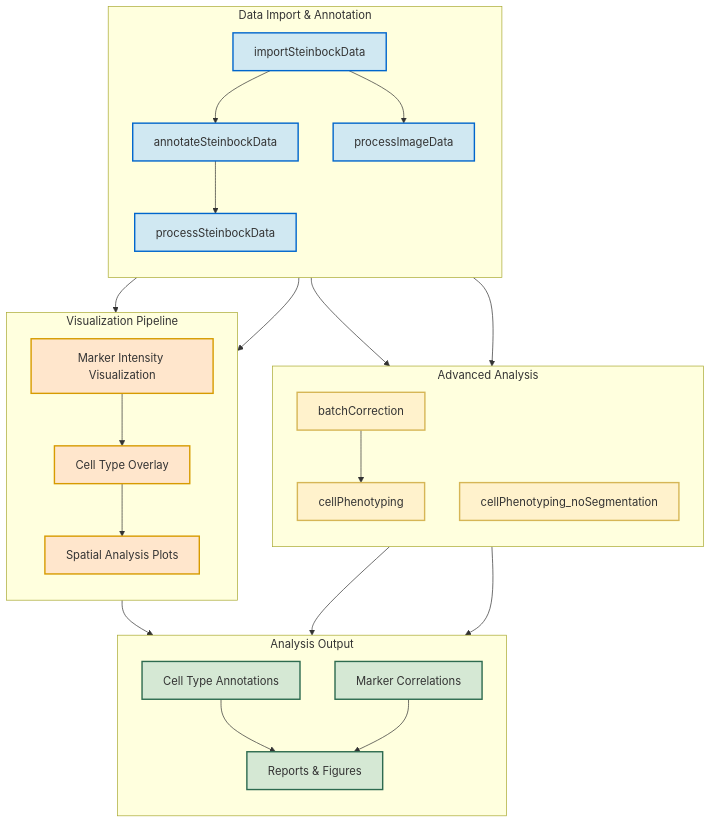
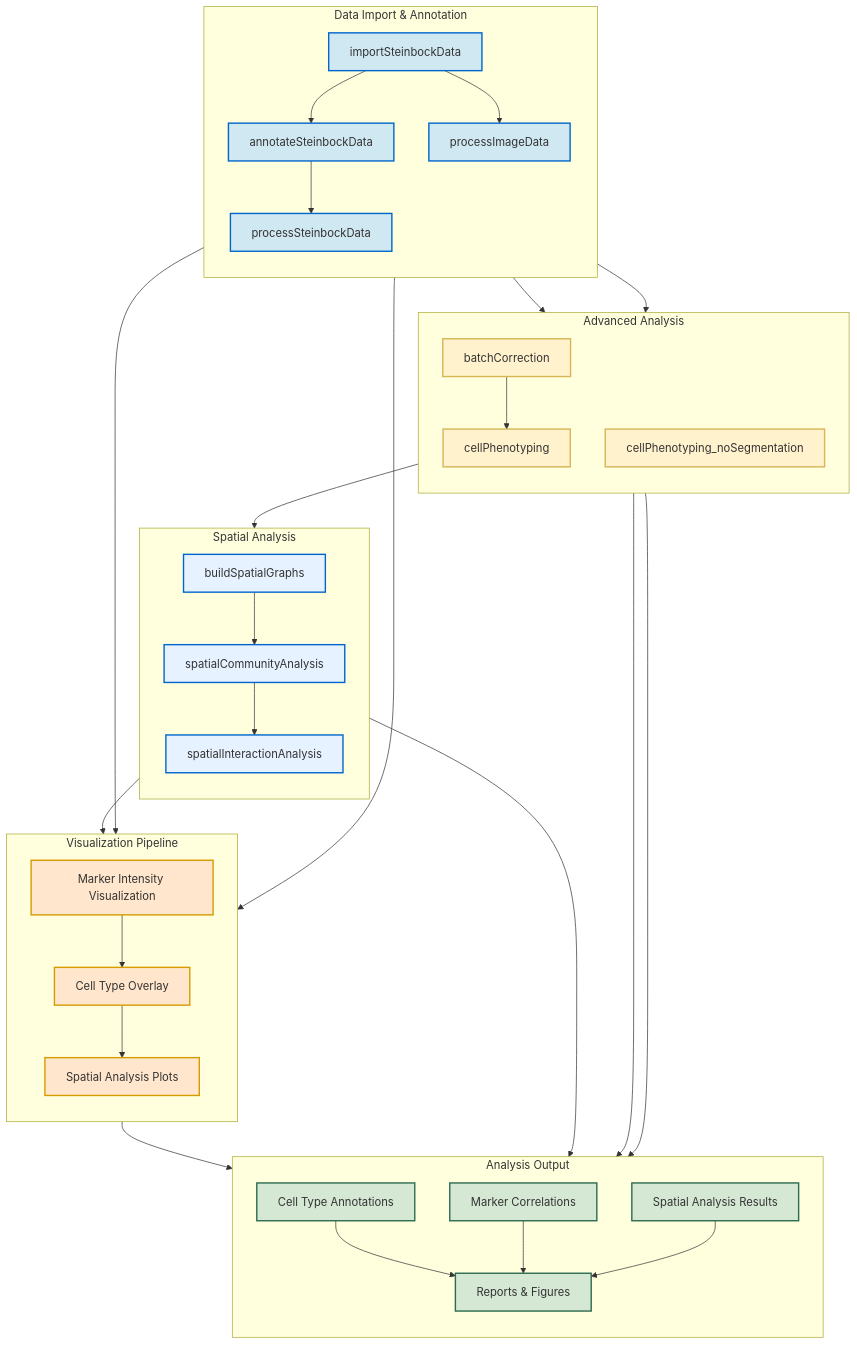
The diagram in README.md (ejmockler/IMC-workflow), drawn with Mermaid before and after one commit. The commit also changed other lines of this file and 26 other files, not shown here.

````diff
--- a/README.md
+++ b/README.md
@@ -7,61 +7,77 @@
 ```mermaid
 flowchart TD
 
     %% -- Data Import & Annotation --
     subgraph Import[Data Import & Annotation]
         direction TB
         A1[importSteinbockData]:::inputNode
         A2[annotateSteinbockData]:::inputNode
         A3[processSteinbockData]:::inputNode
         A4[processImageData]:::inputNode
         
         A1 --> A2 --> A3
         A1 --> A4
     end
 
     %% -- Advanced Analysis --
     subgraph Analysis[Advanced Analysis]
         direction TB
         B1[batchCorrection]:::analysisNode
         B2[cellPhenotyping]:::analysisNode
         B3[cellPhenotyping_noSegmentation]:::analysisNode
         
         B1 --> B2
         A3 --> B1
         A4 --> B3
     end
 
+    %% -- Spatial Analysis --
+    subgraph Spatial[Spatial Analysis]
+        direction TB
+        S1[buildSpatialGraphs]:::spatialNode
+        S2[spatialCommunityAnalysis]:::spatialNode
+        S3[spatialInteractionAnalysis]:::spatialNode
+        
+        S1 --> S2 --> S3
+    end
+
     %% -- Visualization --
     subgraph Visual[Visualization Pipeline]
         direction TB
         C1[Marker Intensity Visualization]:::visualNode
         C2[Cell Type Overlay]:::visualNode
         C3[Spatial Analysis Plots]:::visualNode
         
         C1 --> C2 --> C3
     end
 
     %% -- Output --
     subgraph Output[Analysis Output]
         direction TB
         D1[Cell Type Annotations]:::outputNode
         D2[Marker Correlations]:::outputNode
         D3[Reports & Figures]:::outputNode
+        D4[Spatial Analysis Results]:::outputNode
         
         D1 --> D3
         D2 --> D3
+        D4 --> D3
     end
 
     %% Connections between phases
     A3 --> C1
     A4 --> C1
     B2 --> D1
+    B2 --> S1
     B3 --> D2
     C3 --> D3
+    S3 --> C3
+    S3 --> D4
 
     %% Style Definitions
     classDef inputNode fill:#d0e8f2,stroke:#0066cc,stroke-width:2px,color:#333333;
     classDef analysisNode fill:#fff2cc,stroke:#d6b656,stroke-width:2px,color:#333333;
     classDef visualNode fill:#ffe6cc,stroke:#d79b00,stroke-width:2px,color:#333333;
     classDef outputNode fill:#d5e8d4,stroke:#2d6a4f,stroke-width:2px,color:#333333;
+    classDef spatialNode fill:#e6f2ff,stroke:#0066cc,stroke-width:2px,color:#333333;
 ```
````
